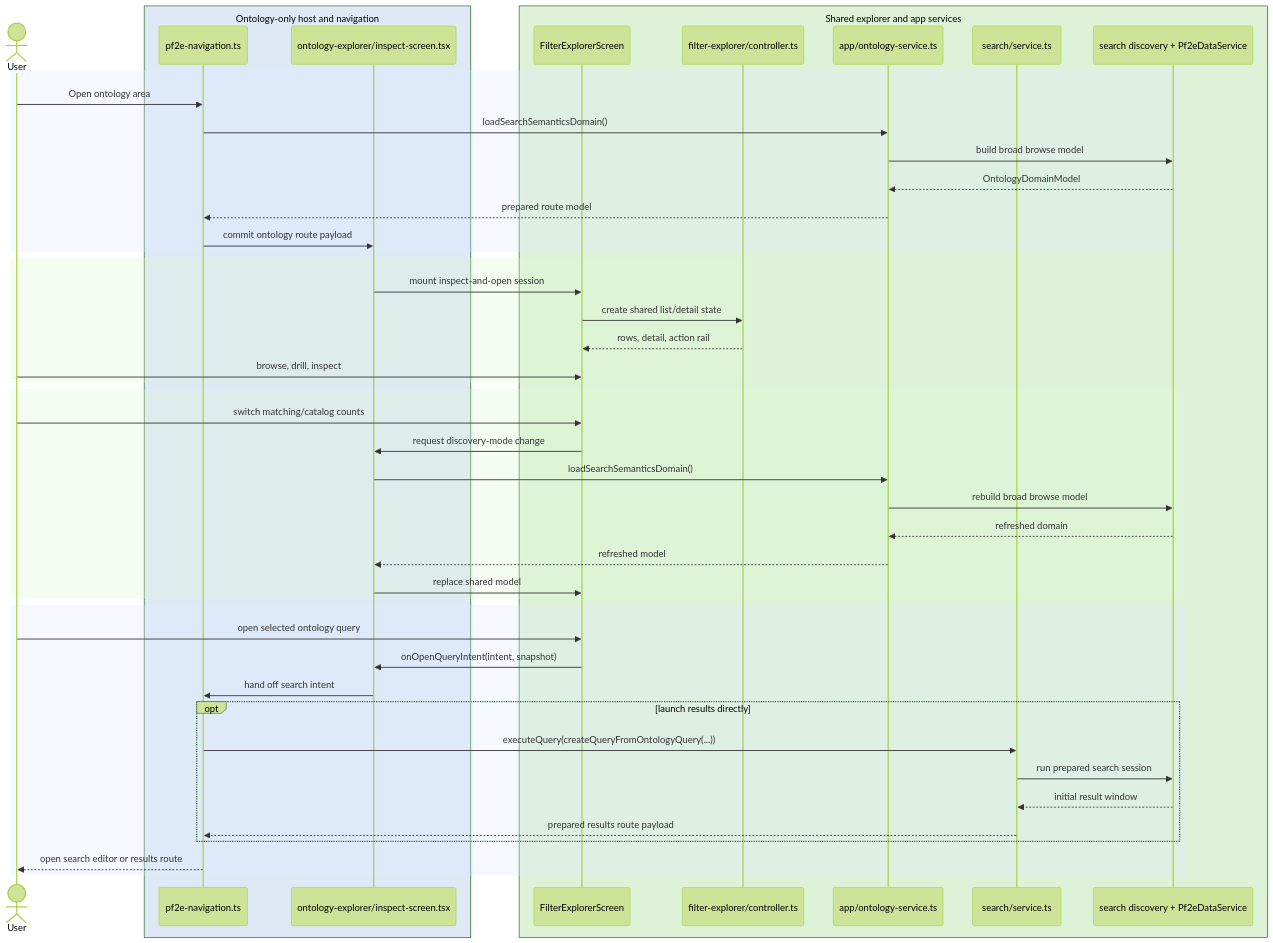
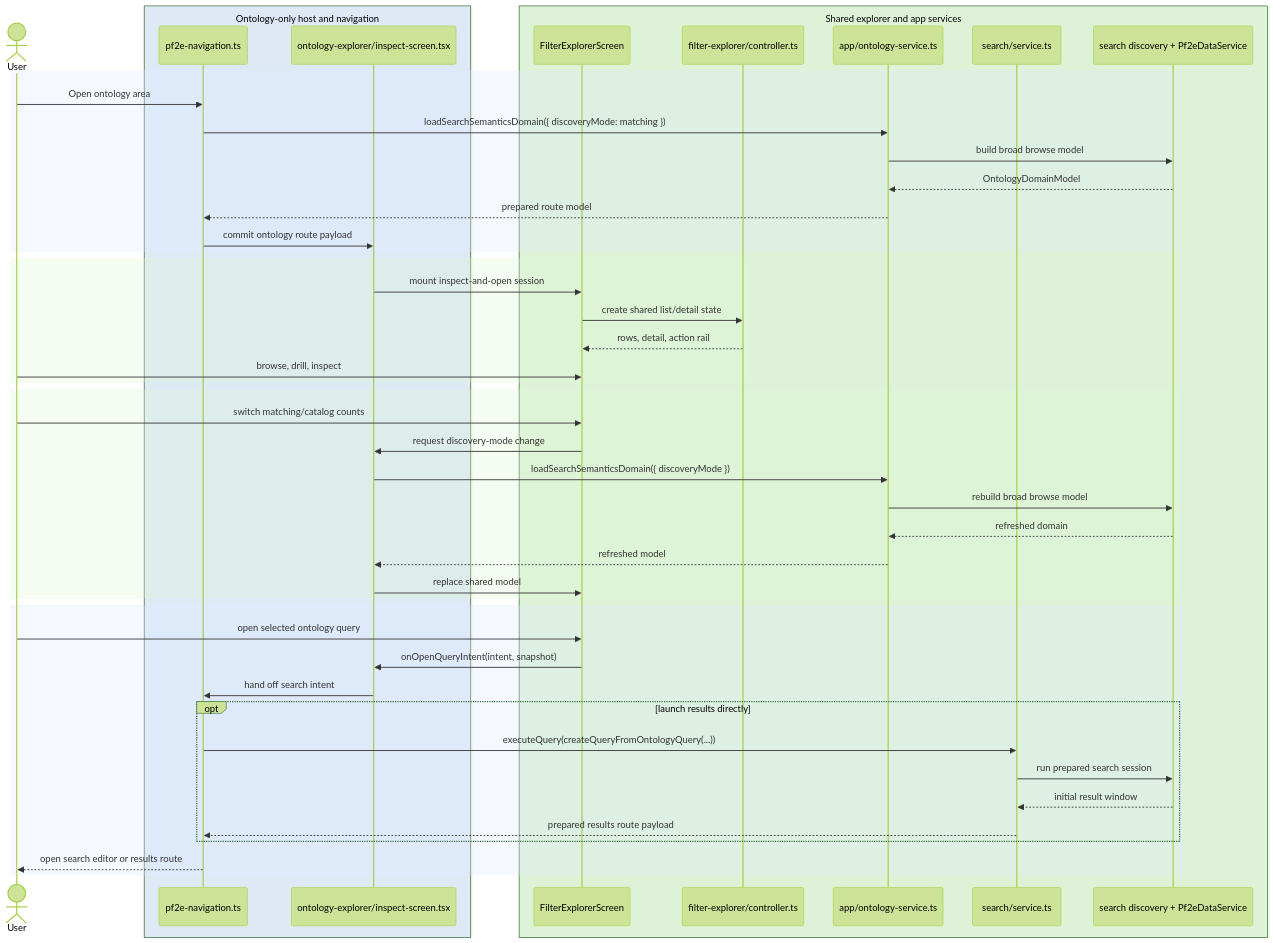
One commit to e-kosten/pf2e-atlas changed the fourth of 7 diagrams in docs/architecture/tui.md. Above: the diagram before and after it, drawn with Mermaid (forest theme). The commit also changed other lines of this file and 3 other files, not shown here.

Commit message:
fix: make ontology derived-tag semantics mode-aware

````diff
--- a/docs/architecture/tui.md
+++ b/docs/architecture/tui.md
@@ -324,54 +324,54 @@
 ```mermaid
 sequenceDiagram
     actor User as User
     box rgba(219, 234, 254, 0.65) Ontology-only host and navigation
         participant Nav as pf2e-navigation.ts
         participant Host as ontology-explorer/inspect-screen.tsx
     end
     box rgba(217, 247, 208, 0.65) Shared explorer and app services
         participant Explorer as FilterExplorerScreen
         participant Controller as filter-explorer/controller.ts
         participant Ontology as app/ontology-service.ts
         participant Search as search/service.ts
         participant Data as search discovery + Pf2eDataService
     end
 
     rect rgba(219, 234, 254, 0.28)
         User->>Nav: Open ontology area
-        Nav->>Ontology: loadSearchSemanticsDomain()
+        Nav->>Ontology: loadSearchSemanticsDomain({ discoveryMode: matching })
         Ontology->>Data: build broad browse model
         Data-->>Ontology: OntologyDomainModel
         Ontology-->>Nav: prepared route model
         Nav->>Host: commit ontology route payload
     end
 
     rect rgba(217, 247, 208, 0.28)
         Host->>Explorer: mount inspect-and-open session
         Explorer->>Controller: create shared list/detail state
         Controller-->>Explorer: rows, detail, action rail
         User->>Explorer: browse, drill, inspect
     end
 
     rect rgba(217, 247, 208, 0.28)
         User->>Explorer: switch matching/catalog counts
         Explorer->>Host: request discovery-mode change
-        Host->>Ontology: loadSearchSemanticsDomain()
+        Host->>Ontology: loadSearchSemanticsDomain({ discoveryMode })
         Ontology->>Data: rebuild broad browse model
         Data-->>Ontology: refreshed domain
         Ontology-->>Host: refreshed model
         Host->>Explorer: replace shared model
     end
 
     rect rgba(219, 234, 254, 0.28)
         User->>Explorer: open selected ontology query
         Explorer->>Host: onOpenQueryIntent(intent, snapshot)
         Host->>Nav: hand off search intent
         opt launch results directly
             Nav->>Search: executeQuery(createQueryFromOntologyQuery(...))
             Search->>Data: run prepared search session
             Data-->>Search: initial result window
             Search-->>Nav: prepared results route payload
         end
         Nav-->>User: open search editor or results route
     end
 ```
````
